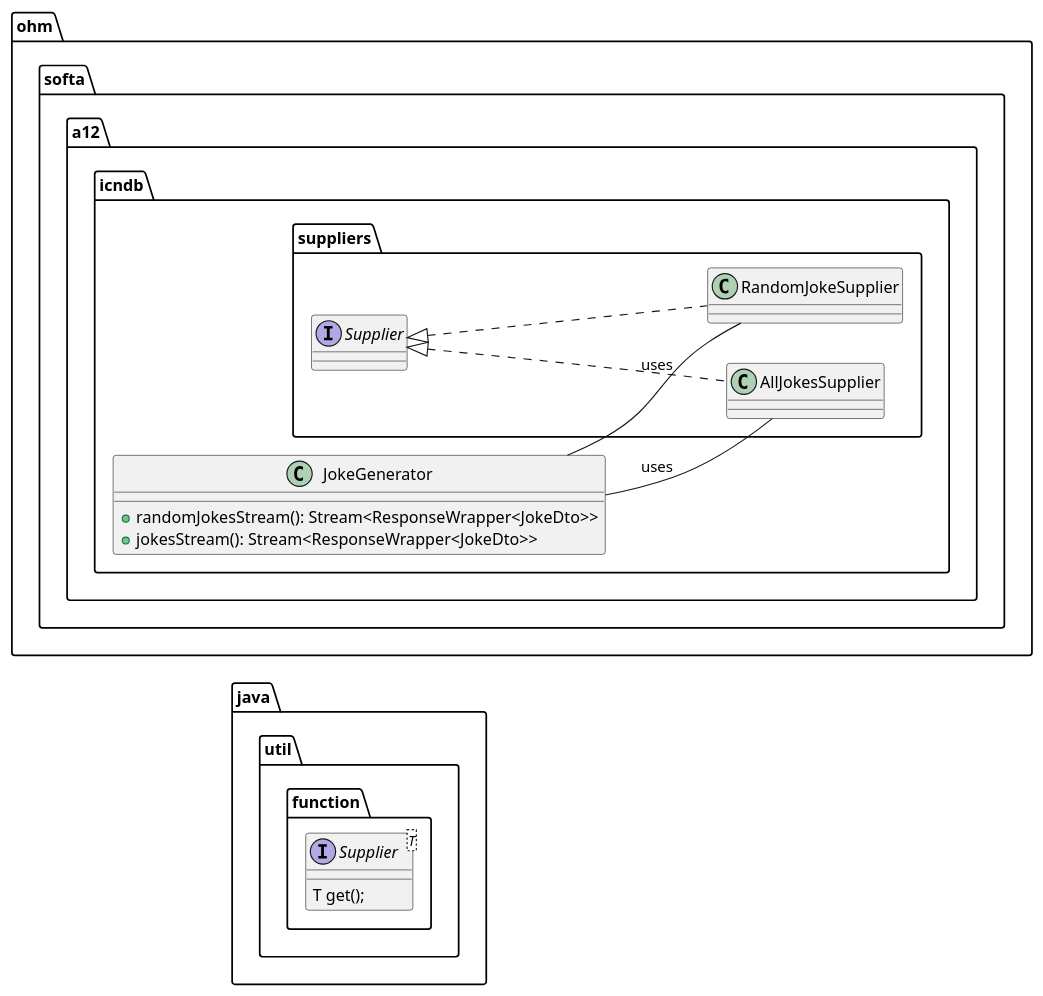
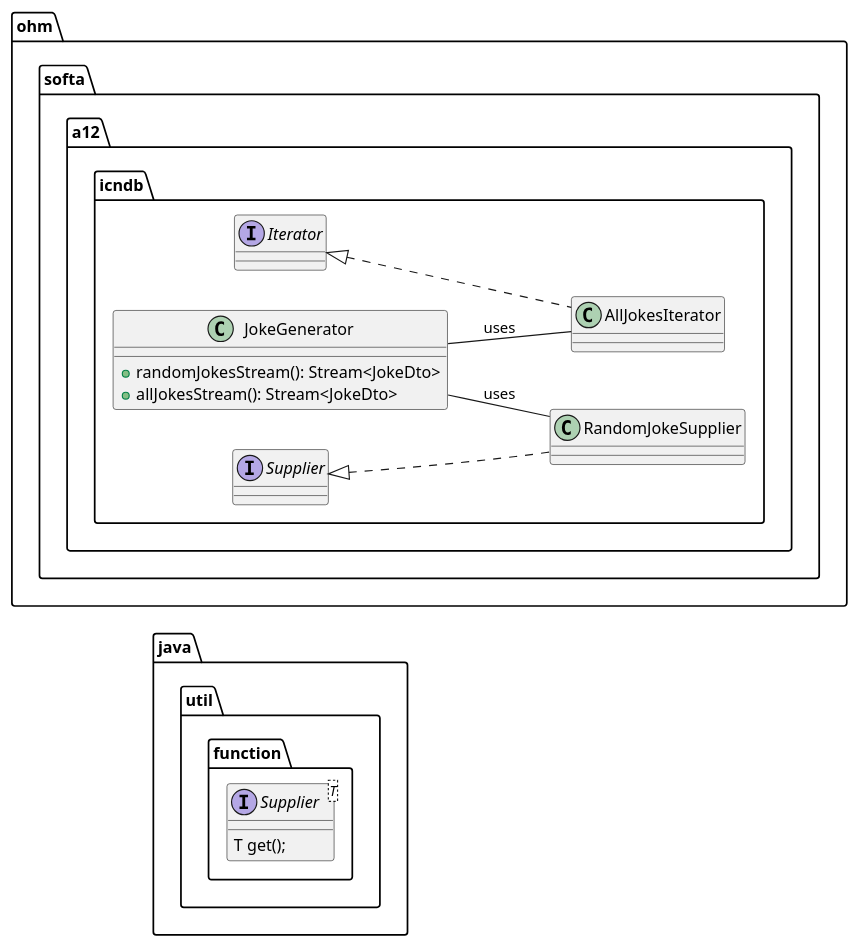
Before and after one commit to davidg-h/Software_Architecture: the diagram in Assignment_12/12-functional-cli/assets/uml/generator-spec.plantuml, drawn with PlantUML. The commit also changed 14 other files, not shown here.

```diff
--- a/Assignment_12/12-functional-cli/assets/uml/generator-spec.plantuml
+++ b/Assignment_12/12-functional-cli/assets/uml/generator-spec.plantuml
@@ -1,27 +1,25 @@
 @startuml GeneratorSpec
 left to right direction
 package java.util.function {
     interface Supplier<T> {
         T get();
     }
 }
 
 package ohm.softa.a12.icndb {
     class JokeGenerator {
-        +randomJokesStream(): Stream<ResponseWrapper<JokeDto>>
-        +jokesStream(): Stream<ResponseWrapper<JokeDto>>
+        +randomJokesStream(): Stream<JokeDto>
+        +allJokesStream(): Stream<JokeDto>
     }
 
-    package suppliers {
-        class AllJokesSupplier implements Supplier {
-        }
+    class AllJokesIterator implements Iterator {
+	}
 
-        class RandomJokeSupplier implements Supplier {
-        }
-    }
+	class RandomJokeSupplier implements Supplier {
+	}
 
-    JokeGenerator -- AllJokesSupplier : "uses"
+    JokeGenerator -- AllJokesIterator : "uses"
     JokeGenerator -- RandomJokeSupplier : "uses"
 }
 
 @enduml
```
